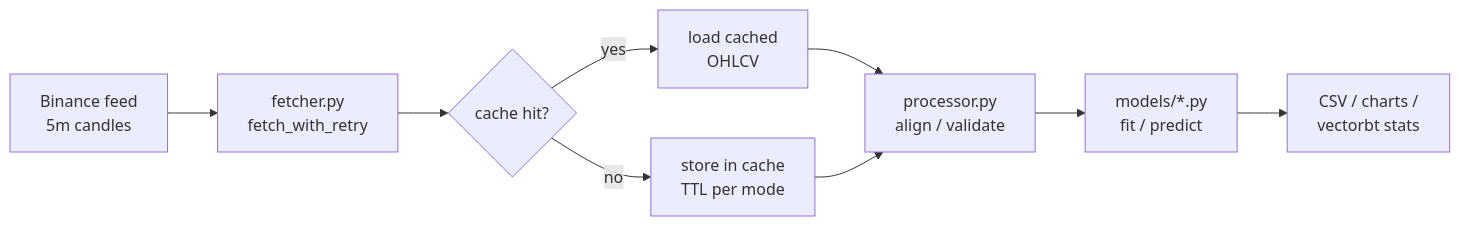
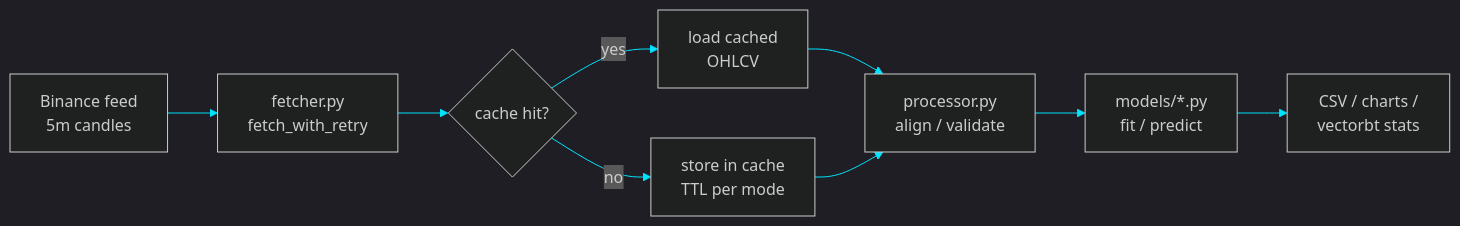
One commit to simwai/sarimax-ohlcv-prediction changed the second of 4 diagrams in README.md. Above: the diagram before and after it, drawn with Mermaid. The commit also changed other lines of this file and 1 other file, not shown here.

Commit message:
style: add purple-cyan Mermaid theme, SVG banner, and themed badges

````diff
--- a/README.md
+++ b/README.md
@@ -58,11 +100,22 @@
 ```mermaid
+---
+config:
+  theme: dark
+  themeVariables:
+    primaryColor: '#00e5ff'
+    primaryTextColor: '#0f0720'
+    primaryBorderColor: '#00e5ff'
+    lineColor: '#00e5ff'
+    secondaryColor: '#1a0b2e'
+    tertiaryColor: '#0f0720'
+---
 flowchart LR
     FEED["Binance feed\n5m candles"] --> FETCH["fetcher.py\nfetch_with_retry"]
     FETCH --> CACHE{"cache hit?"}
     CACHE -->|yes| LOAD["load cached\nOHLCV"]
     CACHE -->|no| STORE["store in cache\nTTL per mode"]
     LOAD --> PROCESS["processor.py\nalign / validate"]
     STORE --> PROCESS
     PROCESS --> FIT["models/*.py\nfit / predict"]
     FIT --> OUT["CSV / charts /\nvectorbt stats"]
 ```
````
